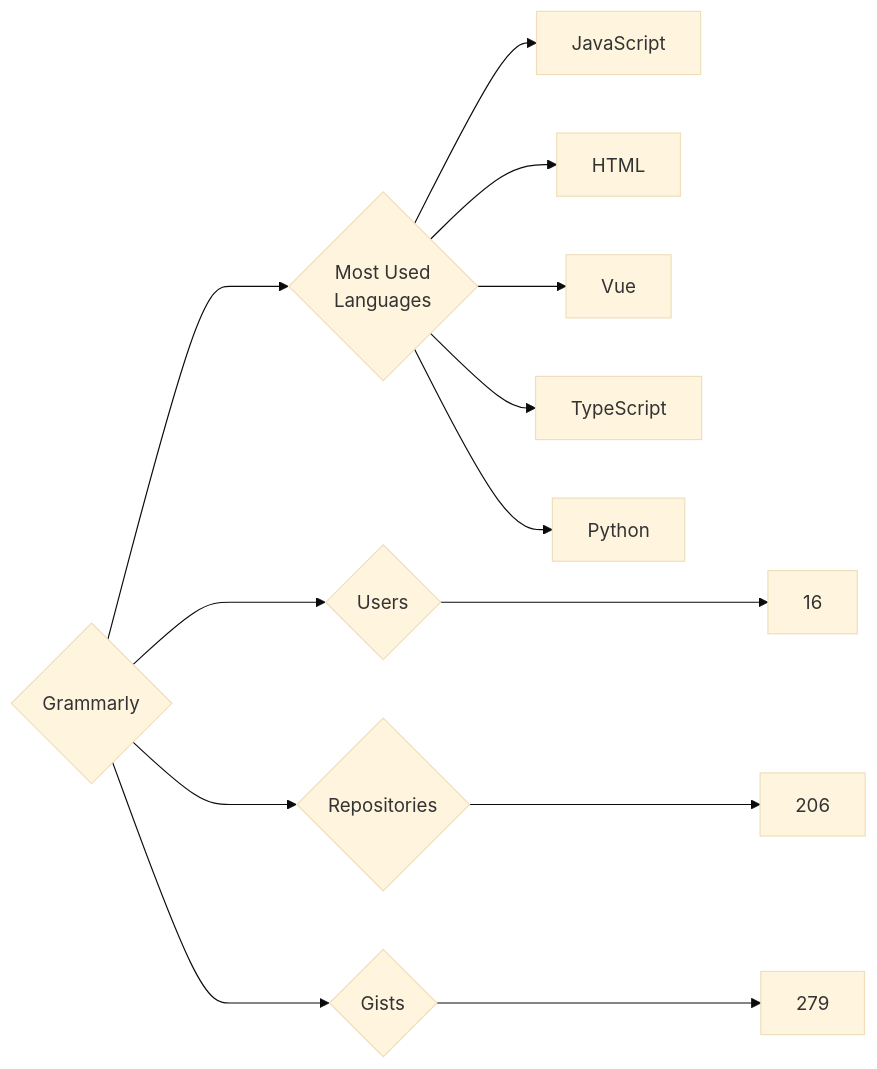
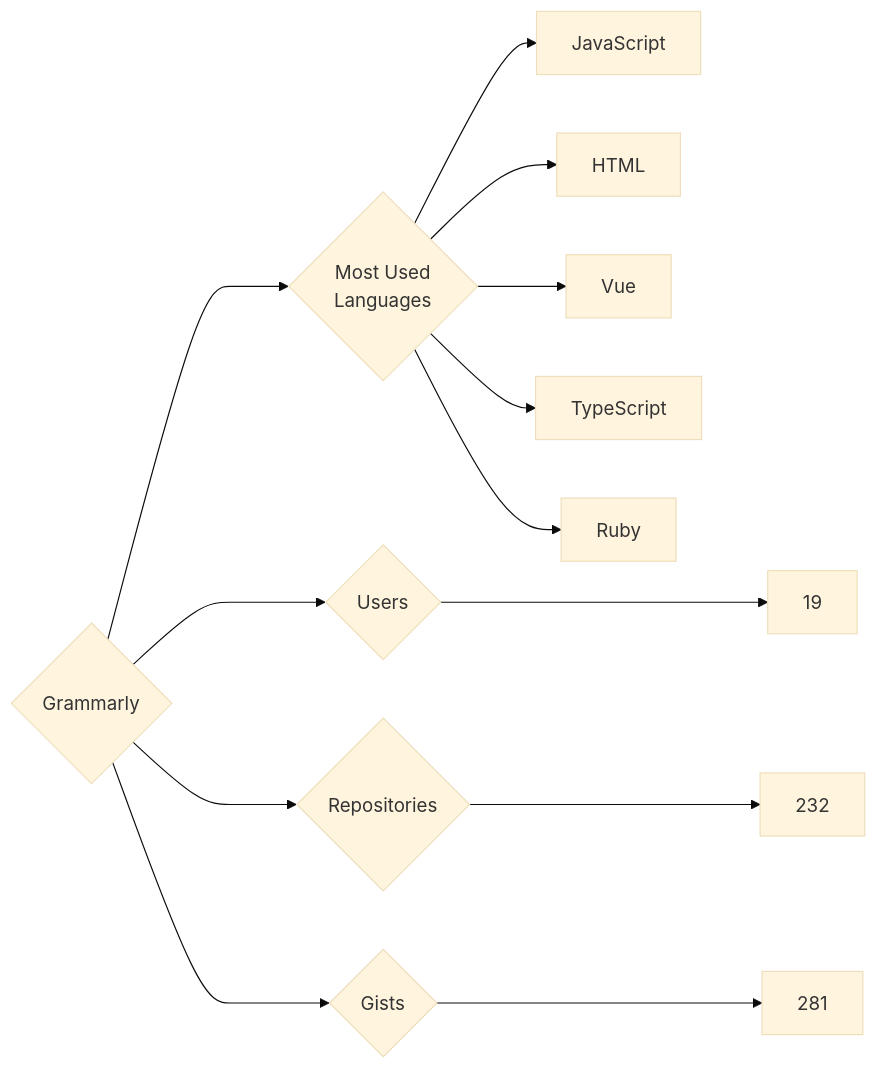
The diagram in targets/Grammarly/README.md (trickest/insiders), drawn with Mermaid (base theme) before and after one commit. The commit also changed 1238 other files, not shown here.

````diff
--- a/targets/Grammarly/README.md
+++ b/targets/Grammarly/README.md
@@ -3,13 +3,13 @@
 ```mermaid
 graph LR
 COMPANY_NAME{Grammarly}
-COMPANY_NAME ---> U{Users} ---> UN[16]
-COMPANY_NAME ---> R{Repositories} ---> RN[206]
-COMPANY_NAME ---> G{Gists} ---> GN[279]
+COMPANY_NAME ---> U{Users} ---> UN[19]
+COMPANY_NAME ---> R{Repositories} ---> RN[232]
+COMPANY_NAME ---> G{Gists} ---> GN[281]
 COMPANY_NAME ---> ML{Most Used<br>Languages}
 ML --> JavaScript[JavaScript]
 ML --> HTML[HTML]
 ML --> Vue[Vue]
 ML --> TypeScript[TypeScript]
-ML --> Python[Python]
+ML --> Ruby[Ruby]
 ```
````
